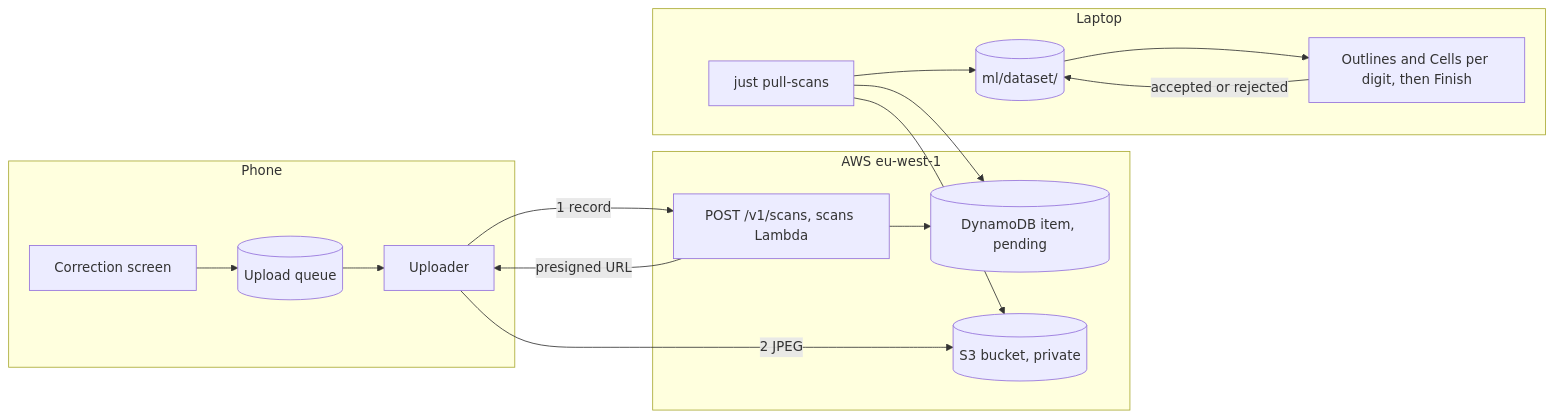
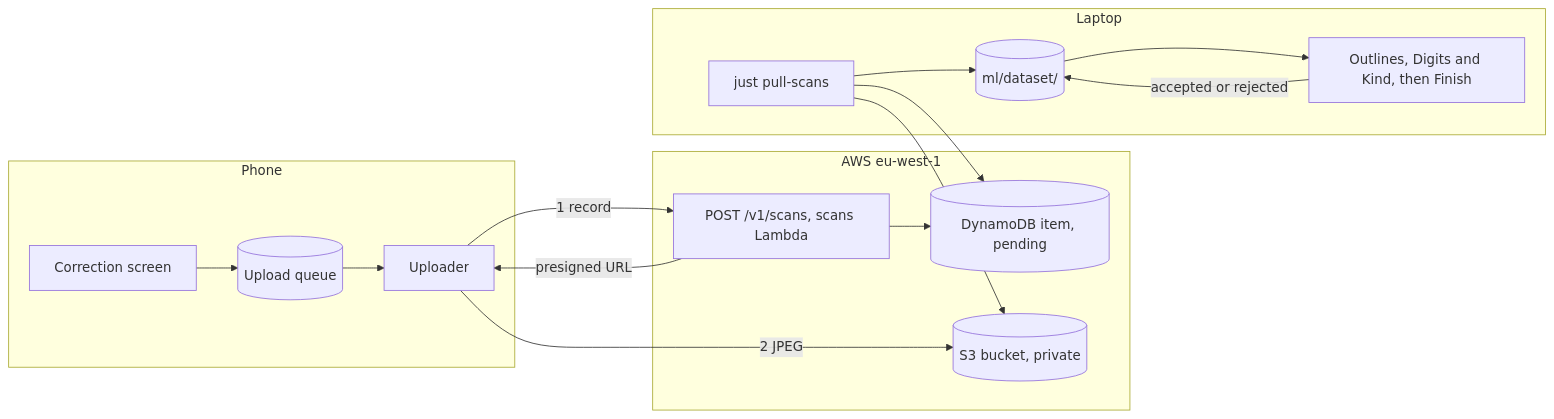
Before and after one commit to vandemaelefelix/sudoku: the diagram in docs/architecture/00-concepts/scan-collection.md, drawn with Mermaid. The commit also changed other lines of this file and 62 other files, not shown here.

First line of the commit message:
feat(ml): one labelling flow with Digits and Kind steps ordered by doubt (#253)

````diff
--- a/docs/architecture/00-concepts/scan-collection.md
+++ b/docs/architecture/00-concepts/scan-collection.md
@@ -82,21 +116,21 @@
 ```mermaid
 flowchart LR
   subgraph Phone
     correct["Correction screen"] --> queue[("Upload queue")]
     queue --> uploader["Uploader"]
   end
   subgraph AWS["AWS eu-west-1"]
     route["POST /v1/scans, scans Lambda"] --> db[("DynamoDB item, pending")]
     s3[("S3 bucket, private")]
   end
   subgraph Laptop
     pull["just pull-scans"] --> dataset[("ml/dataset/")]
-    dataset --> review["Outlines and Cells per digit, then Finish"]
+    dataset --> review["Outlines, Digits and Kind, then Finish"]
     review -- "accepted or rejected" --> dataset
   end
   uploader -- "1 record" --> route
   route -- "presigned URL" --> uploader
   uploader -- "2 JPEG" --> s3
   pull --> db
   pull --> s3
 ```
````
